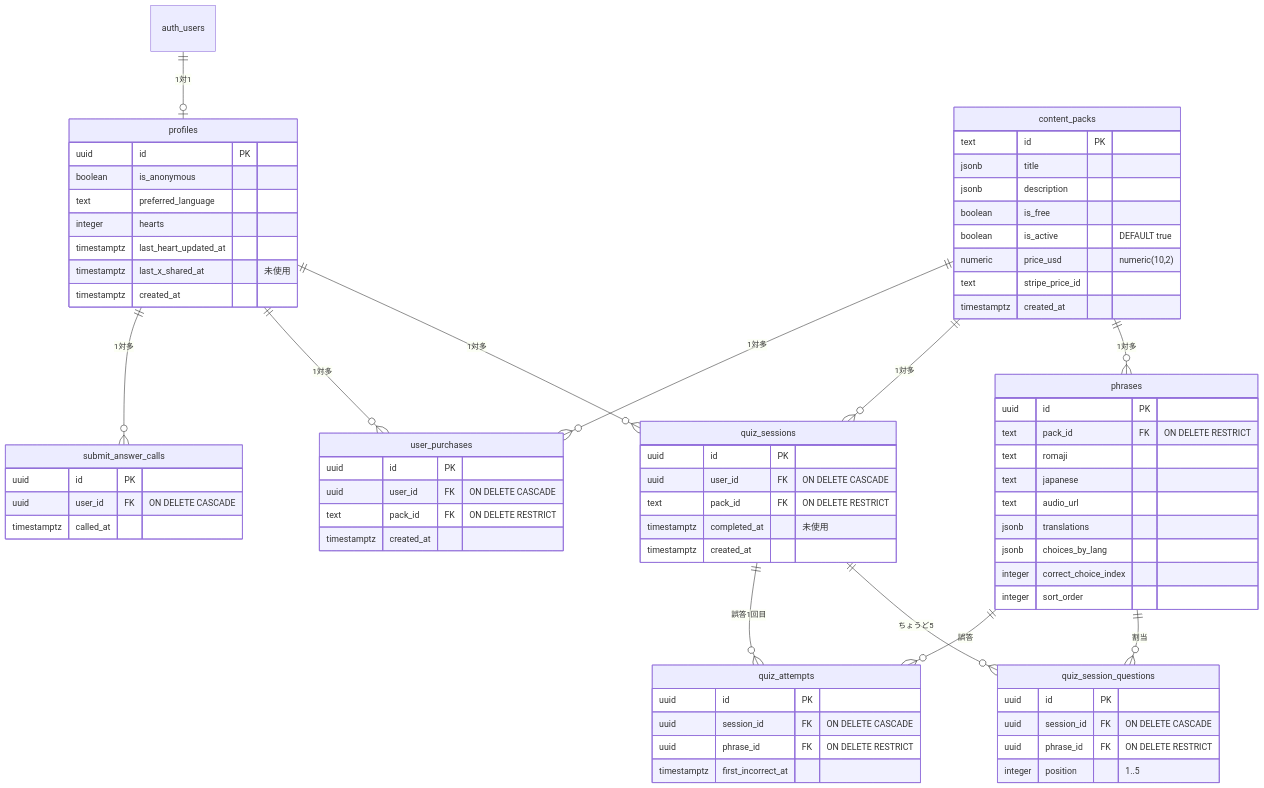
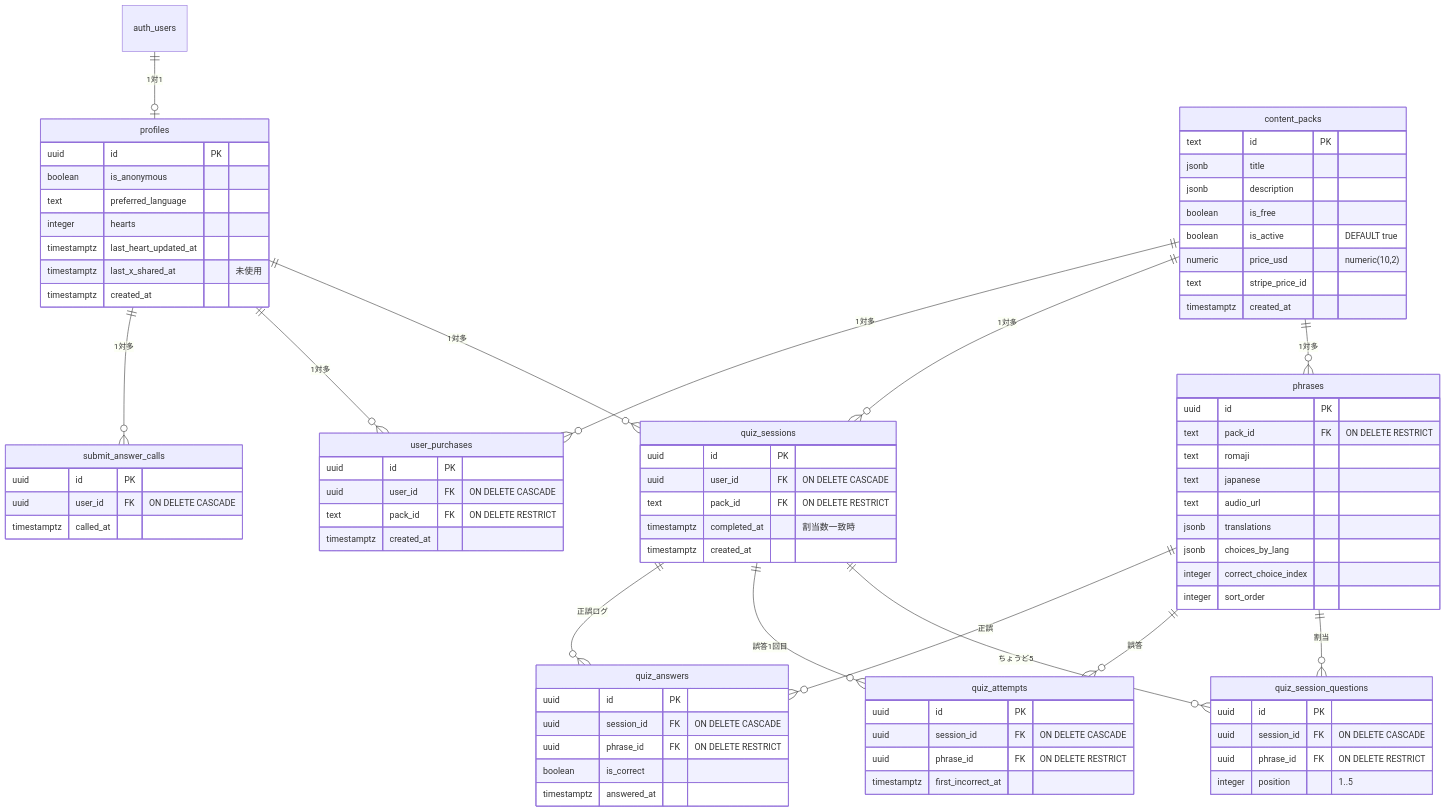
The diagram in docs/design/4_db_schema.md (atosantasan/japanki), drawn with Mermaid before and after one commit. The commit also changed other lines of this file and 8 other files, not shown here.

````diff
--- a/docs/design/4_db_schema.md
+++ b/docs/design/4_db_schema.md
@@ -51,8 +53,10 @@
     profiles ||--o{ submit_answer_calls : "1対多"
     quiz_sessions ||--o{ quiz_session_questions : "ちょうど5"
     quiz_sessions ||--o{ quiz_attempts : "誤答1回目"
+    quiz_sessions ||--o{ quiz_answers : "正誤ログ"
     phrases ||--o{ quiz_session_questions : "割当"
     phrases ||--o{ quiz_attempts : "誤答"
+    phrases ||--o{ quiz_answers : "正誤"
 
     profiles {
         uuid id PK
@@ -91,7 +95,7 @@
         uuid id PK
         uuid user_id FK "ON DELETE CASCADE"
         text pack_id FK "ON DELETE RESTRICT"
-        timestamptz completed_at "未使用"
+        timestamptz completed_at "割当数一致時"
         timestamptz created_at
     }
 
@@ -121,4 +125,12 @@
         uuid user_id FK "ON DELETE CASCADE"
         timestamptz called_at
     }
+
+    quiz_answers {
+        uuid id PK
+        uuid session_id FK "ON DELETE CASCADE"
+        uuid phrase_id FK "ON DELETE RESTRICT"
+        boolean is_correct
+        timestamptz answered_at
+    }
 ```
````
